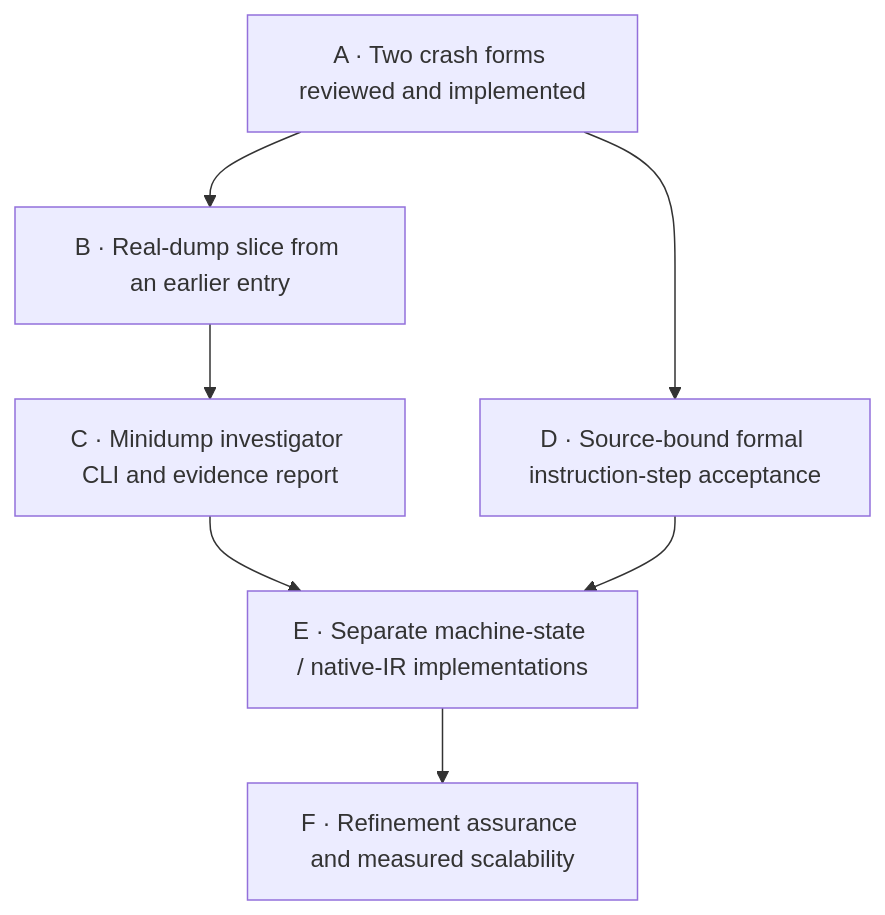
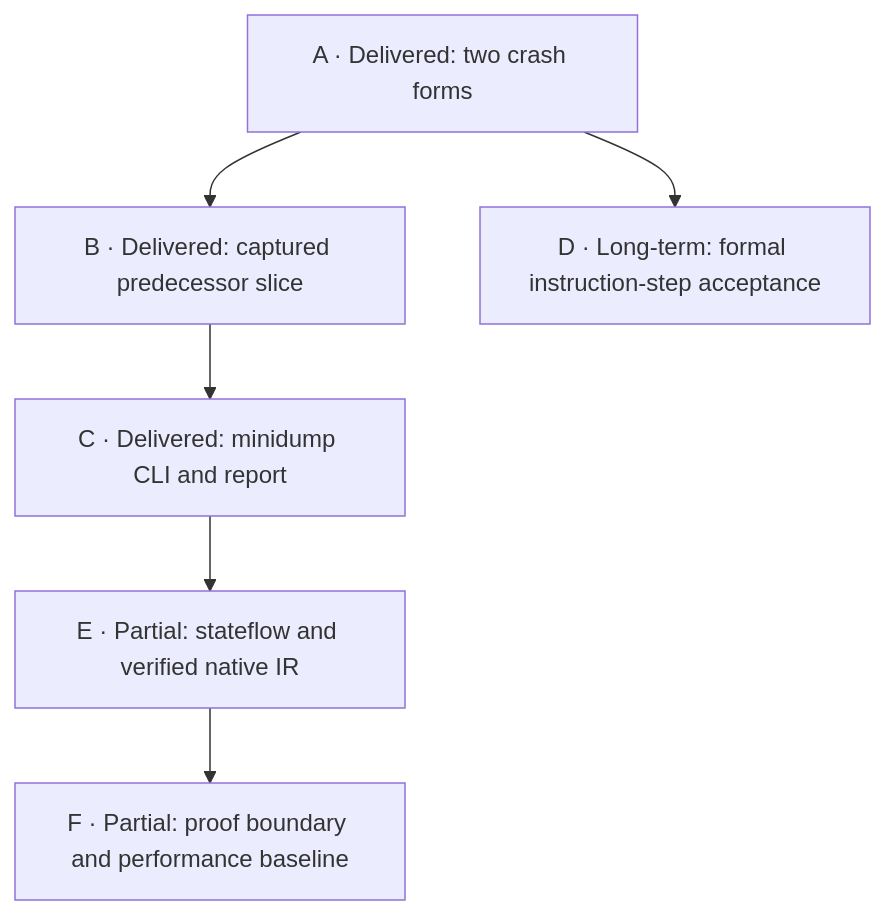
Before and after one commit to NzSN/Ariadne: the diagram in docs/Ariadne/remaining-implementation-plan.md, drawn with Mermaid. The commit also changed other lines of this file and 96 other files, not shown here.

````diff
--- a/docs/Ariadne/remaining-implementation-plan.md
+++ b/docs/Ariadne/remaining-implementation-plan.md
@@ -26,9 +42,8 @@
 ```mermaid
 flowchart TD
-    A["A · Two crash forms reviewed and implemented"] --> B["B · Real-dump slice from an earlier entry"]
-    B --> C["C · Minidump investigator CLI and evidence report"]
-    A --> D["D · Source-bound formal instruction-step acceptance"]
-    C --> E["E · Separate machine-state / native-IR implementations"]
-    D --> E
-    E --> F["F · Refinement assurance and measured scalability"]
+    A["A · Delivered: two crash forms"] --> B["B · Delivered: captured predecessor slice"]
+    B --> C["C · Delivered: minidump CLI and report"]
+    A --> D["D · Long-term: formal instruction-step acceptance"]
+    C --> E["E · Partial: stateflow and verified native IR"]
+    E --> F["F · Partial: proof boundary and performance baseline"]
 ```
````
